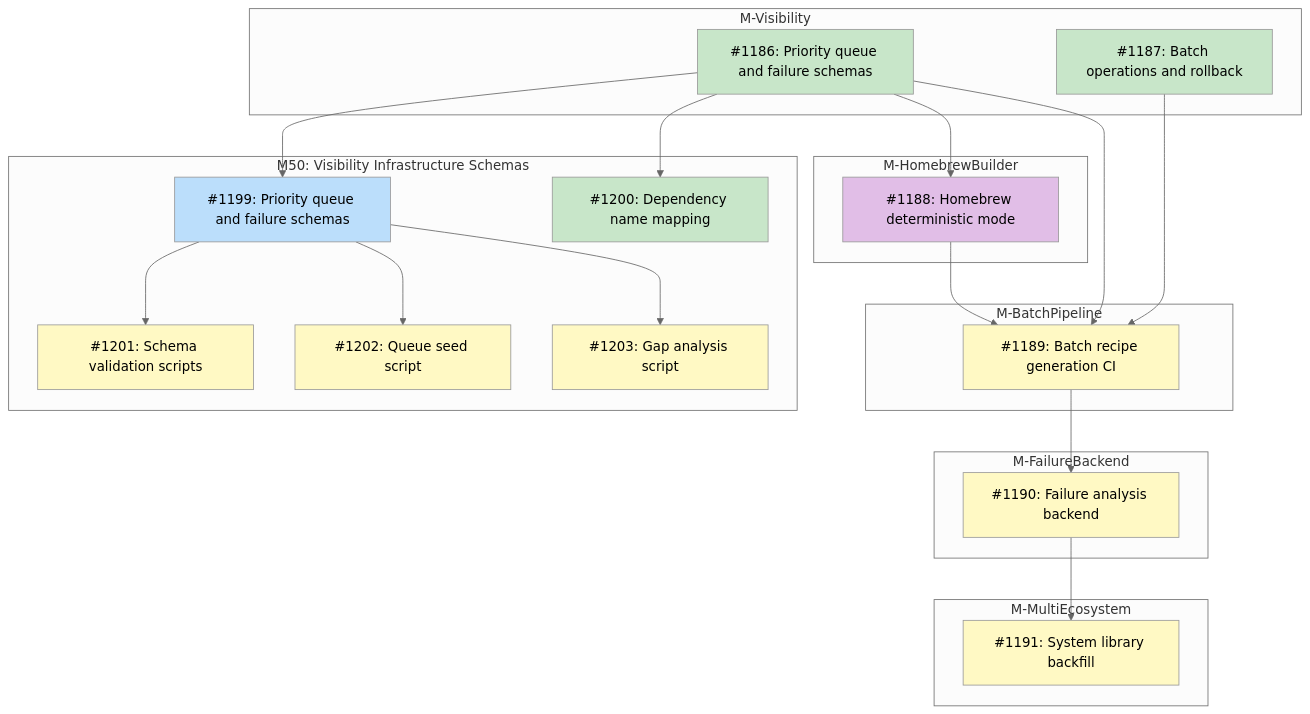
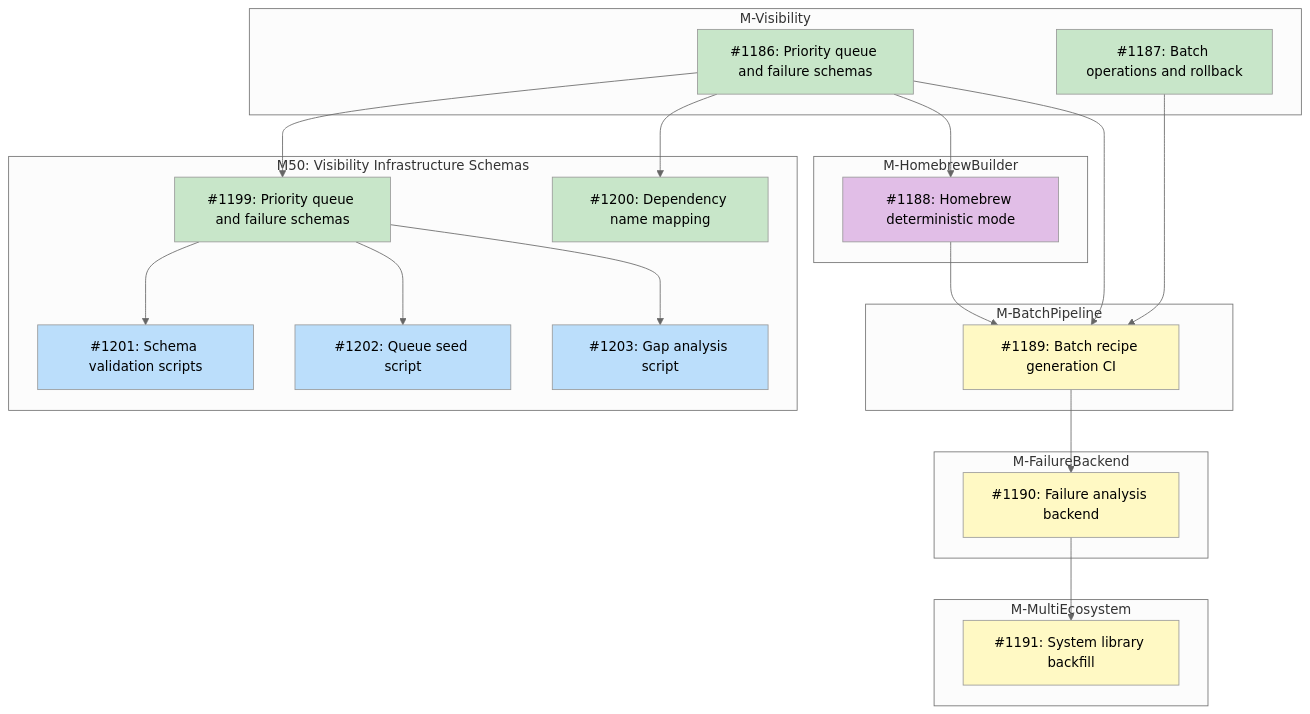
One commit to tsukumogami/tsuku changed the diagram in docs/designs/DESIGN-registry-scale-strategy.md. Above: the diagram before and after it, drawn with Mermaid (neutral theme). The commit also changed other lines of this file and 6 other files, not shown here.

First line of the commit message:
feat(data): add priority queue and failure record schemas (#1219)

````diff
--- a/docs/designs/DESIGN-registry-scale-strategy.md
+++ b/docs/designs/DESIGN-registry-scale-strategy.md
@@ -67,55 +67,55 @@
 ```mermaid
 graph TD
     subgraph M_Visibility["M-Visibility"]
         I1186["#1186: Priority queue and failure schemas"]
         I1187["#1187: Batch operations and rollback"]
     end
 
     subgraph M50["M50: Visibility Infrastructure Schemas"]
         I1199["#1199: Priority queue and failure schemas"]
         I1200["#1200: Dependency name mapping"]
         I1201["#1201: Schema validation scripts"]
         I1202["#1202: Queue seed script"]
         I1203["#1203: Gap analysis script"]
     end
 
     subgraph M_HomebrewBuilder["M-HomebrewBuilder"]
         I1188["#1188: Homebrew deterministic mode"]
     end
 
     subgraph M_BatchPipeline["M-BatchPipeline"]
         I1189["#1189: Batch recipe generation CI"]
     end
 
     subgraph M_FailureBackend["M-FailureBackend"]
         I1190["#1190: Failure analysis backend"]
     end
 
     subgraph M_MultiEcosystem["M-MultiEcosystem"]
         I1191["#1191: System library backfill"]
     end
 
     I1186 --> I1199
     I1186 --> I1200
     I1199 --> I1201
     I1199 --> I1202
     I1199 --> I1203
     I1186 --> I1188
     I1186 --> I1189
     I1187 --> I1189
     I1188 --> I1189
     I1189 --> I1190
     I1190 --> I1191
 
     classDef done fill:#c8e6c9
     classDef ready fill:#bbdefb
     classDef blocked fill:#fff9c4
     classDef needsDesign fill:#e1bee7
 
     class I1186,I1187 done
     class I1200 done
-    class I1199 ready
+    class I1199 done
     class I1188 needsDesign
-    class I1201,I1202,I1203 blocked
+    class I1201,I1202,I1203 ready
     class I1189,I1190,I1191 blocked
 ```
````
